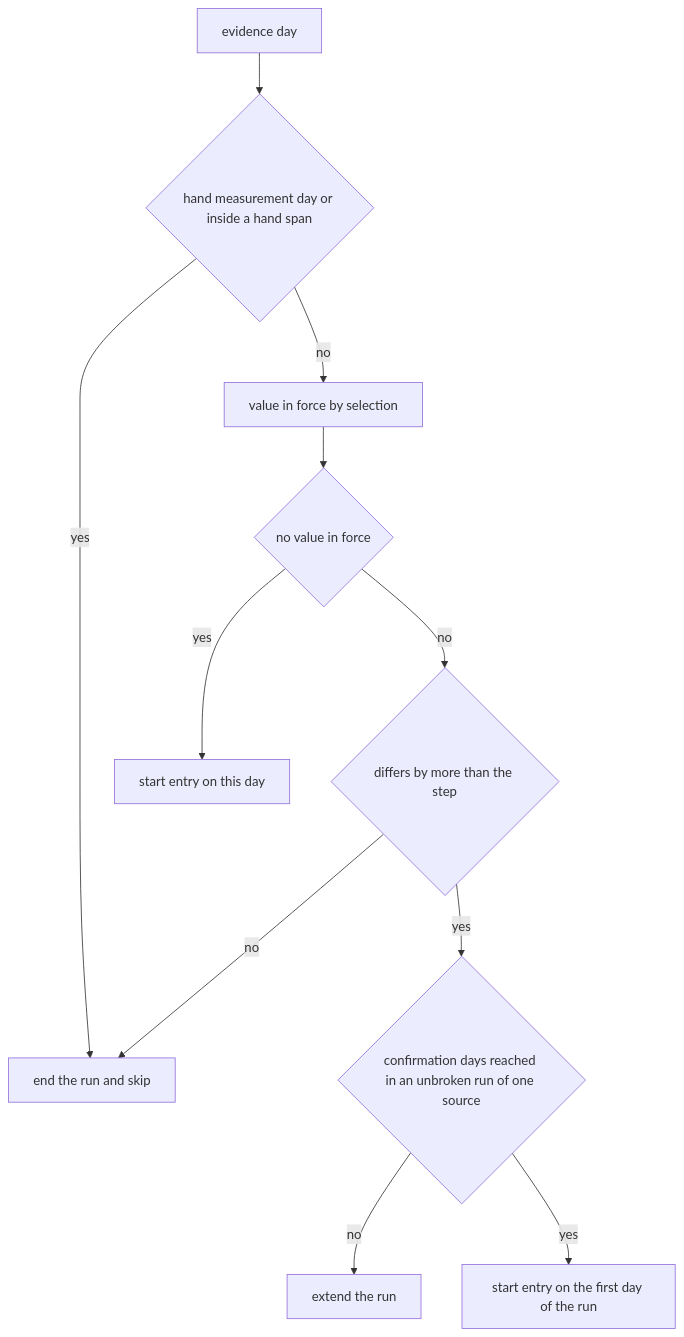
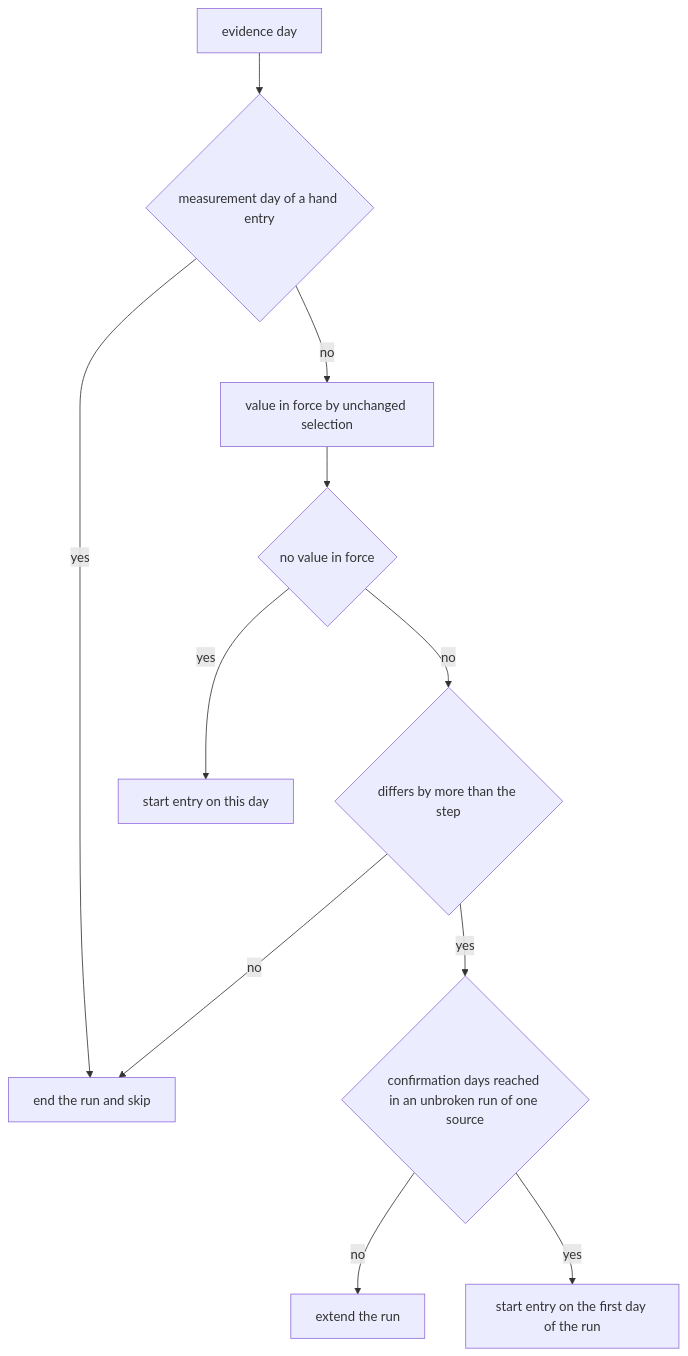
The third of 3 diagrams in .kiro/specs/hr-derivation/design.md (joshua-stauffer/fitdocs), drawn with Mermaid before and after one commit. The commit also changed other lines of this file and 3 other files, not shown here.

Commit message:
docs(hr-derivation): Step 3.5 round 1 — selection unchanged, write-time hand rule, CONTRACT_VERSION bump, [load] read once

````diff
--- a/.kiro/specs/hr-derivation/design.md
+++ b/.kiro/specs/hr-derivation/design.md
@@ -319,13 +354,13 @@
 ```mermaid
 flowchart TD
-    Start[evidence day] --> Excluded{hand measurement day or inside a hand span}
+    Start[evidence day] --> Excluded{measurement day of a hand entry}
     Excluded -- yes --> Reset[end the run and skip]
-    Excluded -- no --> InForce[value in force by selection]
+    Excluded -- no --> InForce[value in force by unchanged selection]
     InForce --> None{no value in force}
     None -- yes --> Emit[start entry on this day]
     None -- no --> Differ{differs by more than the step}
     Differ -- no --> Reset
     Differ -- yes --> Confirm{confirmation days reached in an unbroken run of one source}
     Confirm -- no --> Grow[extend the run]
     Confirm -- yes --> EmitFirst[start entry on the first day of the run]
 ```
````
